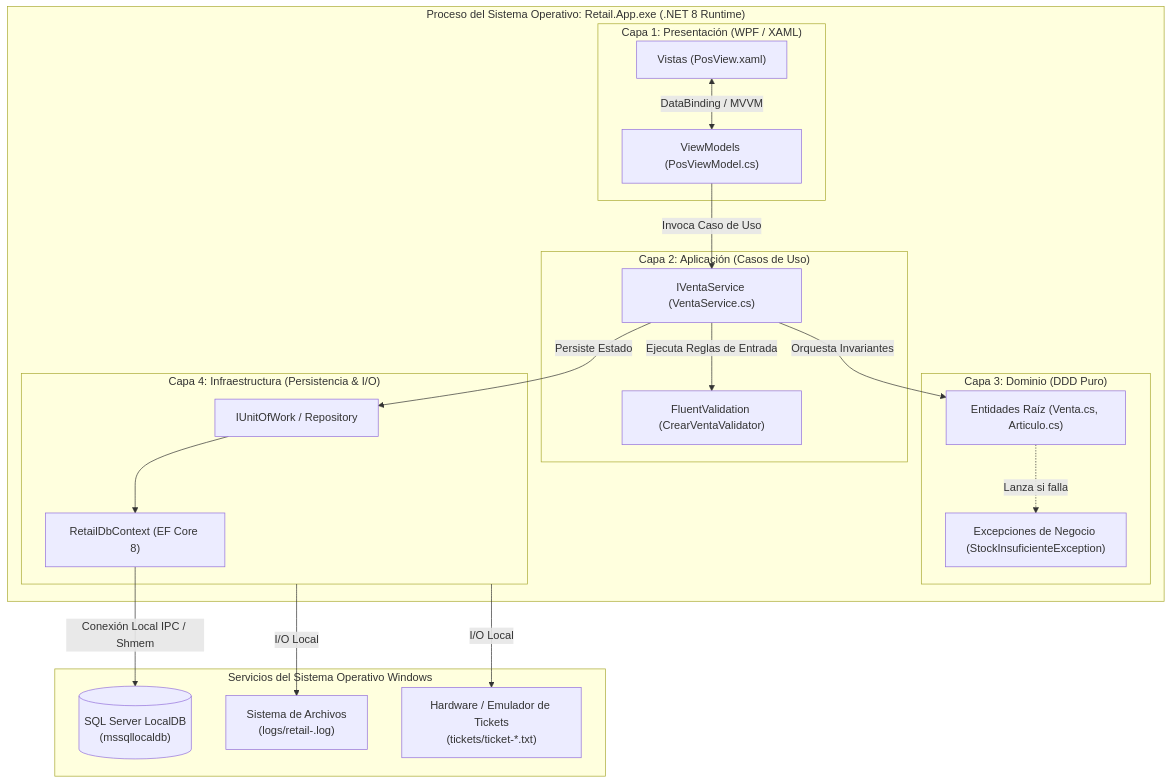
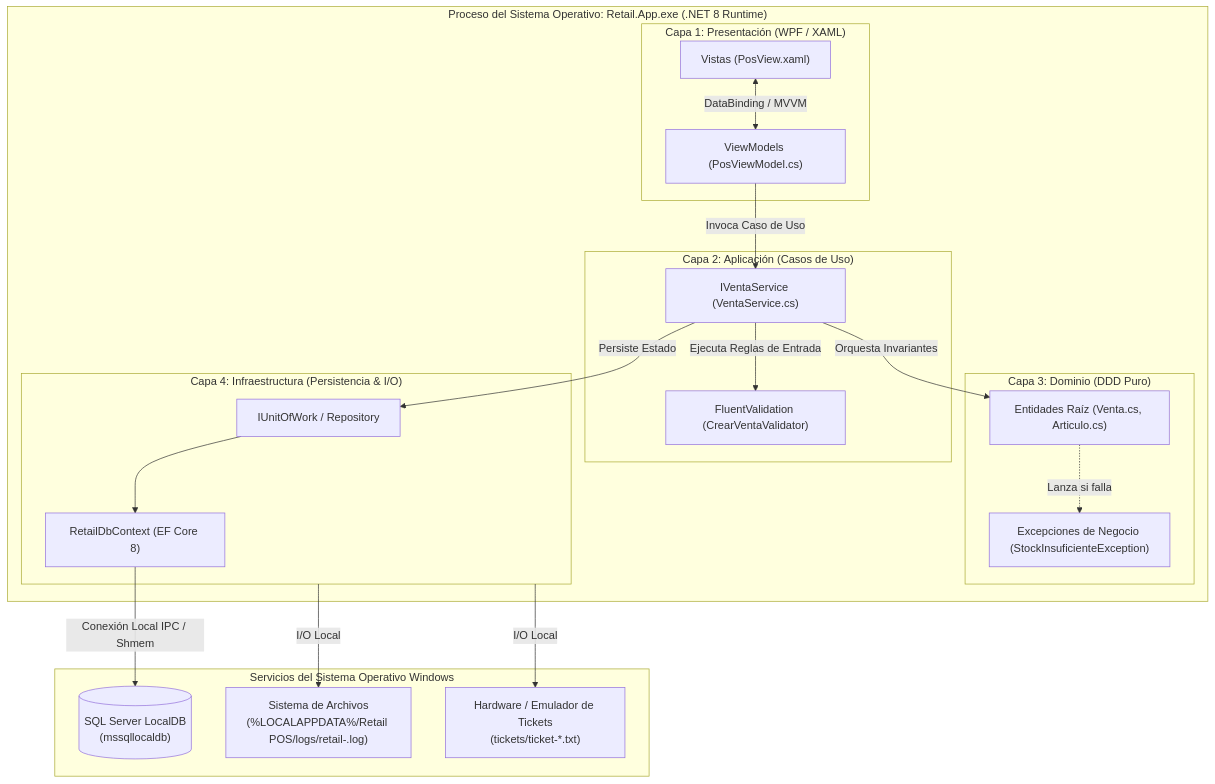
Before and after one commit to lucaskruzolek/retail: the diagram in wiki/01-fundamentos-y-onboarding/clean-desktop-monolith.md, drawn with Mermaid. The commit also changed 20 other files, not shown here.

````diff
--- a/wiki/01-fundamentos-y-onboarding/clean-desktop-monolith.md
+++ b/wiki/01-fundamentos-y-onboarding/clean-desktop-monolith.md
@@ -89,41 +89,41 @@
 ```mermaid
 flowchart TB
     subgraph Host["Proceso del Sistema Operativo: Retail.App.exe (.NET 8 Runtime)"]
         subgraph UI["Capa 1: Presentación (WPF / XAML)"]
             V["Vistas (PosView.xaml)"]
             VM["ViewModels (PosViewModel.cs)"]
             V <-->|DataBinding / MVVM| VM
         end
 
         subgraph Core["Capa 2: Aplicación (Casos de Uso)"]
             SVC["IVentaService (VentaService.cs)"]
             VAL["FluentValidation (CrearVentaValidator)"]
             VM -->|Invoca Caso de Uso| SVC
             SVC -->|Ejecuta Reglas de Entrada| VAL
         end
 
         subgraph Domain["Capa 3: Dominio (DDD Puro)"]
             ENT["Entidades Raíz (Venta.cs, Articulo.cs)"]
             EXC["Excepciones de Negocio (StockInsuficienteException)"]
             SVC -->|Orquesta Invariantes| ENT
             ENT -.->|Lanza si falla| EXC
         end
 
         subgraph Infra["Capa 4: Infraestructura (Persistencia & I/O)"]
             UOW["IUnitOfWork / Repository"]
             EF["RetailDbContext (EF Core 8)"]
             SVC -->|Persiste Estado| UOW
             UOW --> EF
         end
     end
 
     subgraph OS["Servicios del Sistema Operativo Windows"]
         DB[("SQL Server LocalDB\n(mssqllocaldb)")]
-        FS["Sistema de Archivos\n(logs/retail-.log)"]
+        FS["Sistema de Archivos\n(%LOCALAPPDATA%/Retail POS/logs/retail-.log)"]
         PRN["Hardware / Emulador de Tickets\n(tickets/ticket-*.txt)"]
         
         EF -->|Conexión Local IPC / Shmem| DB
         Infra -->|I/O Local| FS
         Infra -->|I/O Local| PRN
     end
 ```
````
